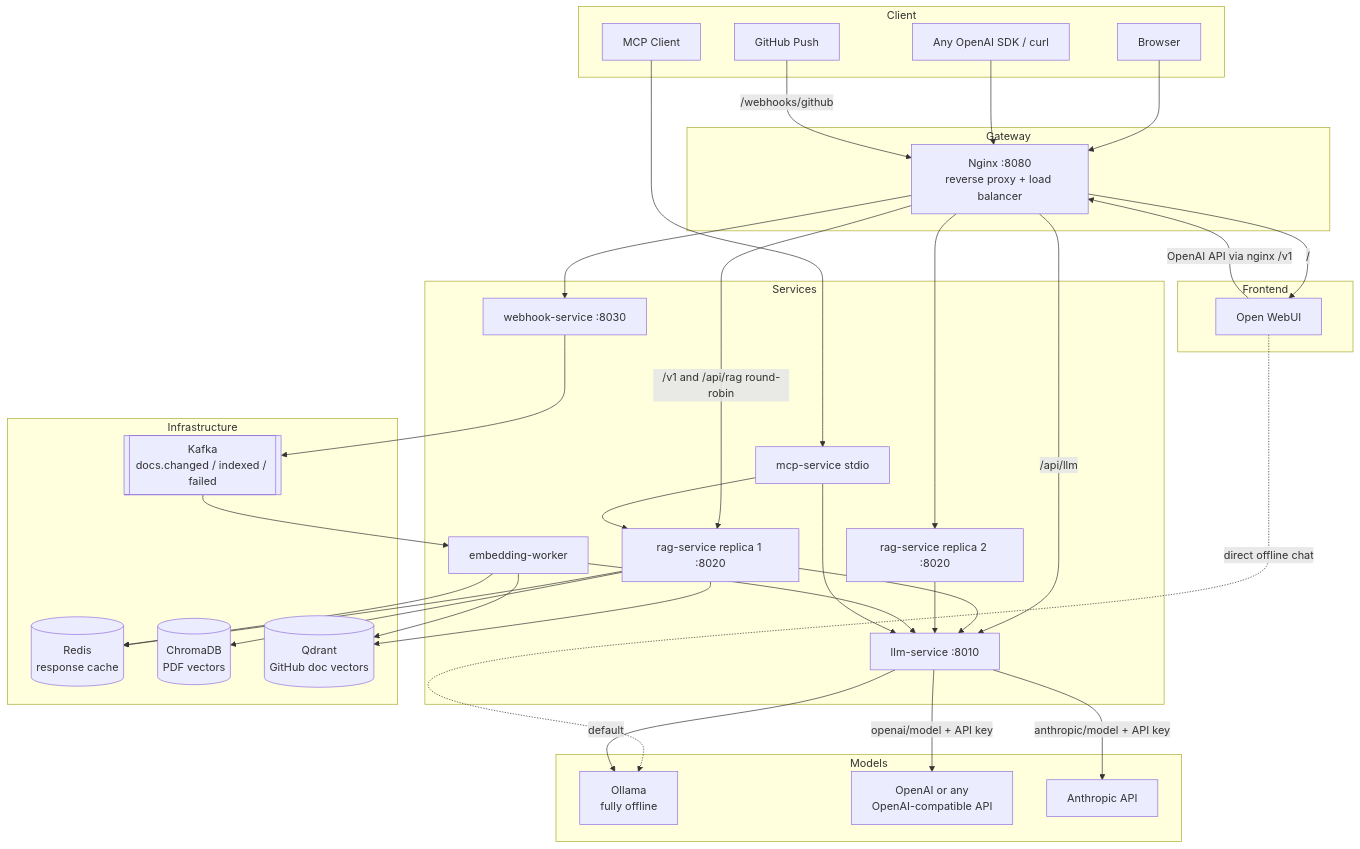
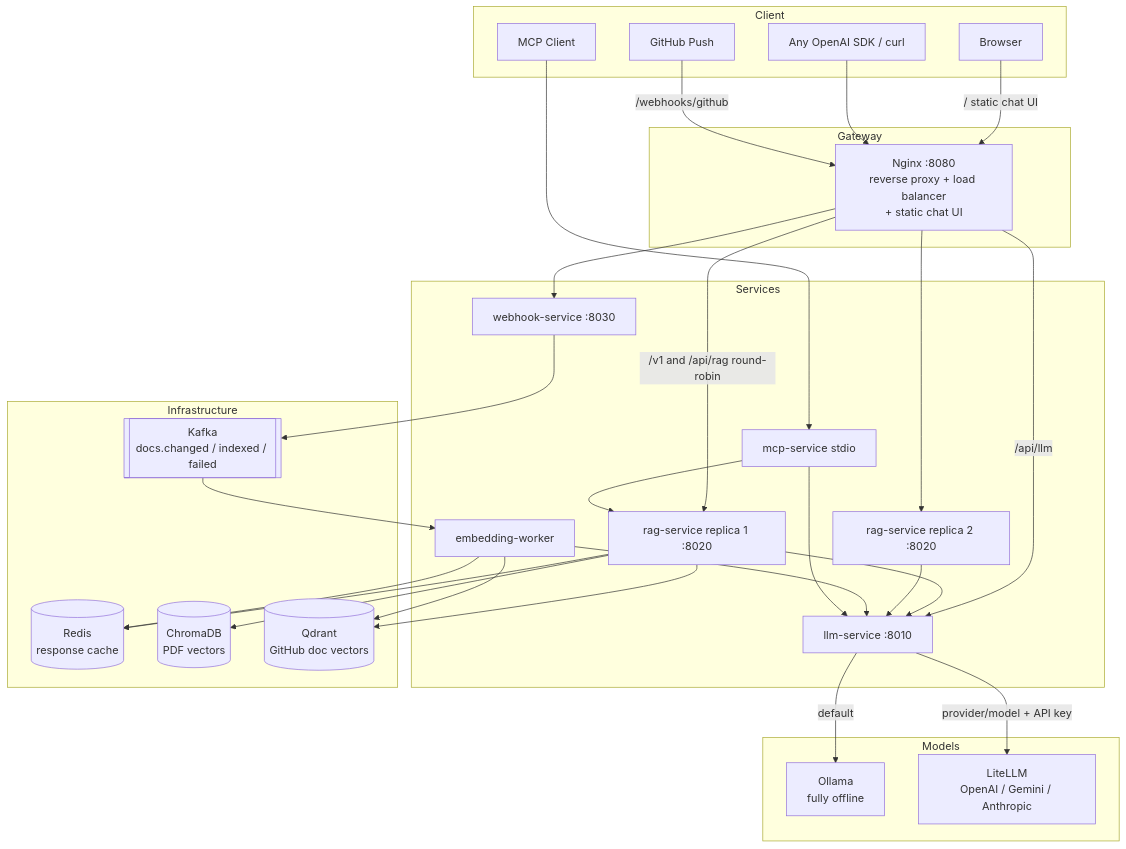
One commit to sameeralam3127/llm-dev-kit changed the first of 3 diagrams in ARCHITECTURE.md. Above: the diagram before and after it, drawn with Mermaid. The commit also changed other lines of this file and 19 other files, not shown here.

First line of the commit message:
feat: enhance LLM Dev Kit with LiteLLM support and new UI

````diff
--- a/ARCHITECTURE.md
+++ b/ARCHITECTURE.md
@@ -12,66 +12,57 @@
 ```mermaid
 flowchart TB
     subgraph Client
         B[Browser]
         GH[GitHub Push]
         SDK[Any OpenAI SDK / curl]
         MCPC[MCP Client]
     end
 
     subgraph Gateway
-        N[Nginx :8080<br/>reverse proxy + load balancer]
-    end
-
-    subgraph Frontend
-        OW[Open WebUI]
+        N[Nginx :8080<br/>reverse proxy + load balancer<br/>+ static chat UI]
     end
 
     subgraph Services
         R1[rag-service replica 1 :8020]
         R2[rag-service replica 2 :8020]
         L[llm-service :8010]
         W[webhook-service :8030]
         EW[embedding-worker]
         MCP[mcp-service stdio]
     end
 
     subgraph Infrastructure
         RD[(Redis<br/>response cache)]
         CH[(ChromaDB<br/>PDF vectors)]
         QD[(Qdrant<br/>GitHub doc vectors)]
         K[[Kafka<br/>docs.changed / indexed / failed]]
     end
 
     subgraph Models
         OL[Ollama<br/>fully offline]
-        OAI[OpenAI or any<br/>OpenAI-compatible API]
-        ANT[Anthropic API]
+        LL[LiteLLM<br/>OpenAI / Gemini / Anthropic]
     end
 
-    B --> N
+    B -->|/ static chat UI| N
     SDK --> N
     GH -->|/webhooks/github| N
-    N -->|/| OW
     N -->|/v1 and /api/rag round-robin| R1
     N --> R2
     N -->|/api/llm| L
     N --> W
-    OW -->|OpenAI API via nginx /v1| N
-    OW -.direct offline chat.-> OL
     R1 --> RD
     R1 --> CH
     R1 --> QD
     R1 --> L
     R2 --> L
     W --> K
     K --> EW
     EW --> L
     EW --> QD
     EW --> RD
     MCPC --> MCP
     MCP --> R1
     MCP --> L
     L -->|default| OL
-    L -->|openai/model + API key| OAI
-    L -->|anthropic/model + API key| ANT
+    L -->|provider/model + API key| LL
 ```
````
